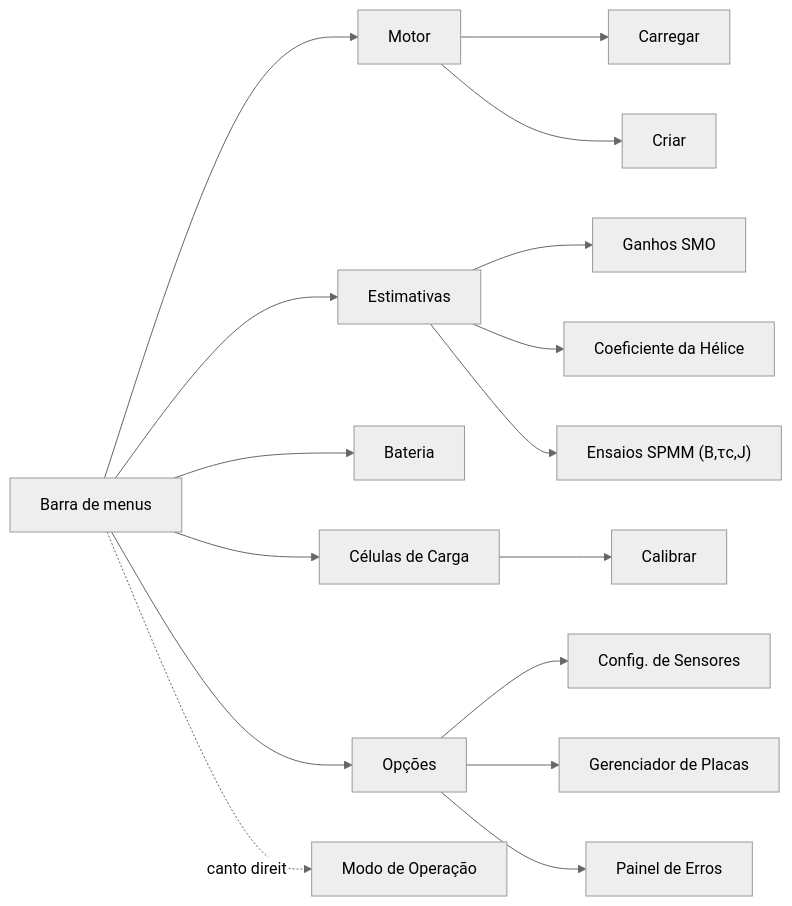
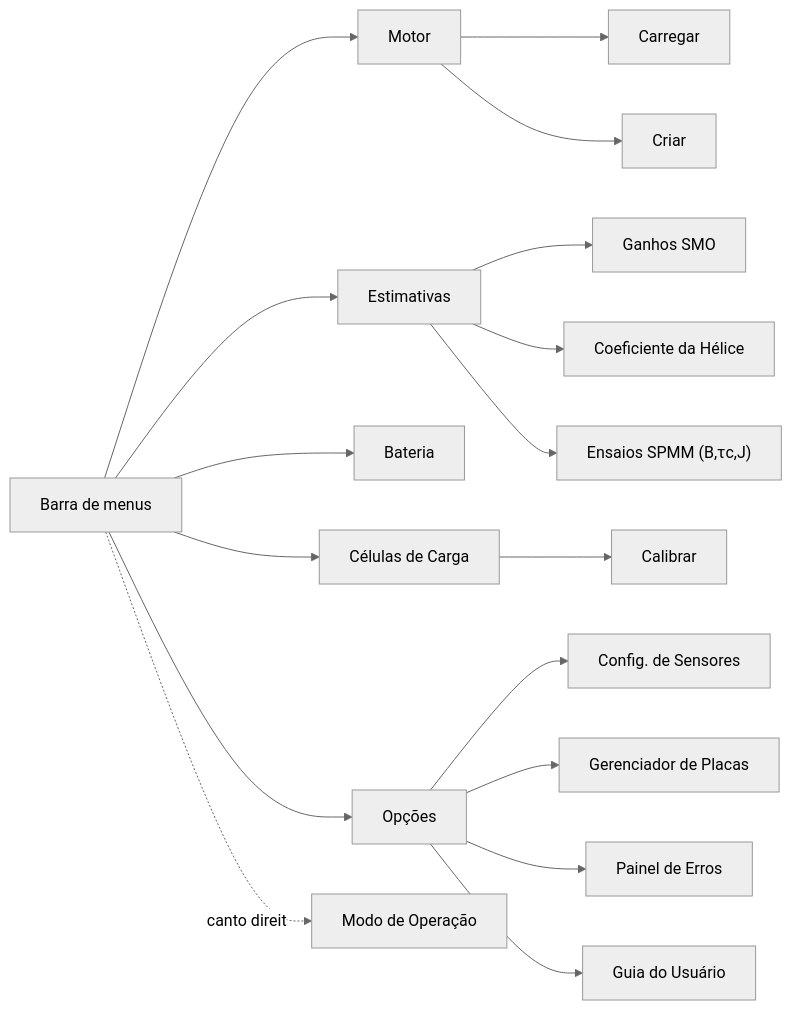
The fourth of 5 diagrams in Codigos/Aplicacao_Pi/README.md (vitordallolivo/TCC), drawn with Mermaid (neutral theme) before and after one commit. The commit also changed other lines of this file and 9 other files, not shown here.

````diff
--- a/Codigos/Aplicacao_Pi/README.md
+++ b/Codigos/Aplicacao_Pi/README.md
@@ -396,10 +431,10 @@
 ```mermaid
 flowchart LR
     MB["Barra de menus"]
     MB --> Motor["Motor"] --> MLoad["Carregar"] & MCreate["Criar"]
     MB --> Estim["Estimativas"] --> EstSMO["Ganhos SMO"] & EstHel["Coeficiente da Hélice"] & EstSpmm["Ensaios SPMM (B,τc,J)"]
     MB --> Bat["Bateria"]
     MB --> Cells["Células de Carga"] --> CellsCal["Calibrar"]
-    MB --> Opt["Opções"] --> OptSens["Config. de Sensores"] & OptBoard["Gerenciador de Placas"] & OptErr["Painel de Erros"]
+    MB --> Opt["Opções"] --> OptSens["Config. de Sensores"] & OptBoard["Gerenciador de Placas"] & OptErr["Painel de Erros"] & OptInfo["Guia do Usuário"]
     MB -.canto direito.-> ModeBox["Modo de Operação"]
 ```
````
